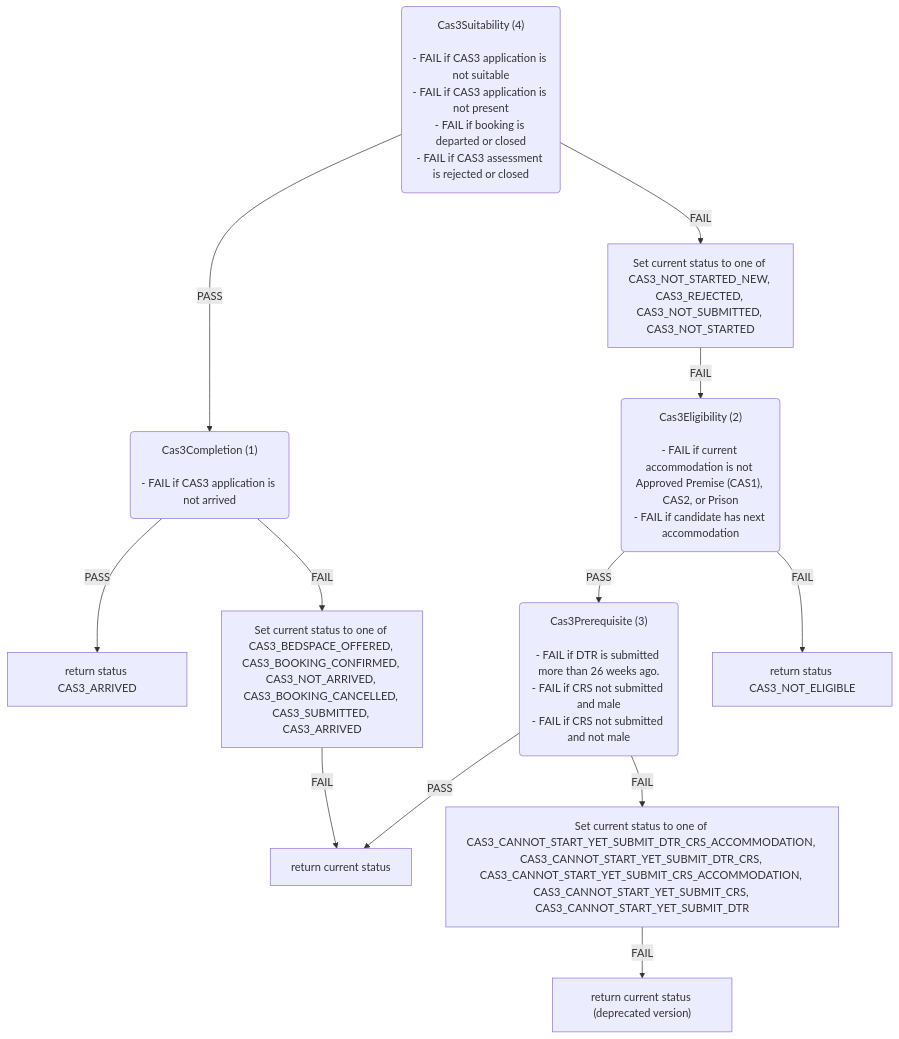
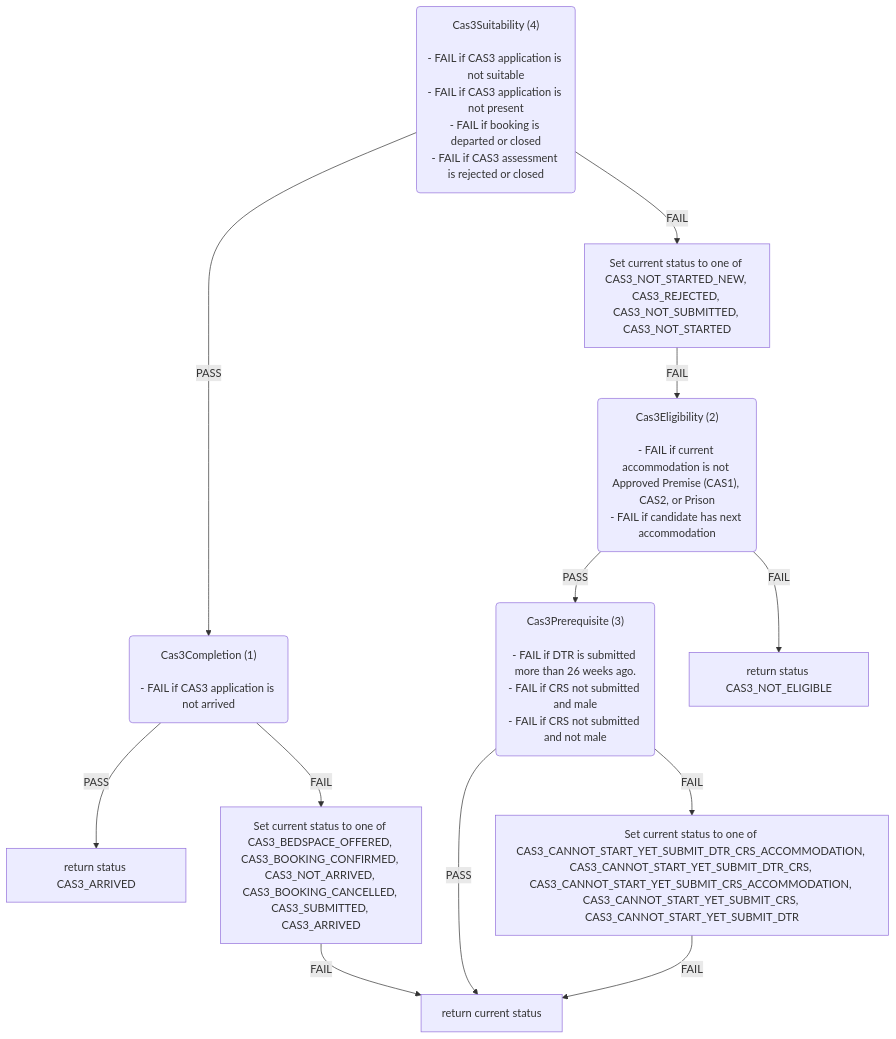
One commit to ministryofjustice/hmpps-single-accommodation-service-api changed the third of 6 diagrams in docs/eligibility-rules-graph.md. Above: the diagram before and after it, drawn with Mermaid. The commit also changed other lines of this file and 3 other files, not shown here.

````diff
--- a/docs/eligibility-rules-graph.md
+++ b/docs/eligibility-rules-graph.md
@@ -218,39 +218,38 @@
 ```mermaid
 flowchart TD
   Cas3Suitability("Cas3Suitability (4)
 
 - FAIL if CAS3 application is not suitable
 - FAIL if CAS3 application is not present
 - FAIL if booking is departed or closed
 - FAIL if CAS3 assessment is rejected or closed")
   Cas3Completion("Cas3Completion (1)
 
 - FAIL if CAS3 application is not arrived")
   return_status_CAS3_ARRIVED["return status CAS3_ARRIVED"]
   Set_current_status_to_one_of_CAS3_BEDSPACE_OFFERED__CAS3_BOOKING_CONFIRMED__CAS3_NOT_ARRIVED__CAS3_BOOKING_CANCELLED__CAS3_SUBMITTED__CAS3_ARRIVED["Set current status to one of CAS3_BEDSPACE_OFFERED, CAS3_BOOKING_CONFIRMED, CAS3_NOT_ARRIVED, CAS3_BOOKING_CANCELLED, CAS3_SUBMITTED, CAS3_ARRIVED"]
   return_current_status["return current status"]
   Set_current_status_to_one_of_CAS3_NOT_STARTED_NEW__CAS3_REJECTED__CAS3_NOT_SUBMITTED__CAS3_NOT_STARTED["Set current status to one of CAS3_NOT_STARTED_NEW, CAS3_REJECTED, CAS3_NOT_SUBMITTED, CAS3_NOT_STARTED"]
   Cas3Eligibility("Cas3Eligibility (2)
 
 - FAIL if current accommodation is not Approved Premise (CAS1), CAS2, or Prison
 - FAIL if candidate has next accommodation")
   Cas3Prerequisite("Cas3Prerequisite (3)
 
 - FAIL if DTR is submitted more than 26 weeks ago.
 - FAIL if CRS not submitted and male
 - FAIL if CRS not submitted and not male")
   Set_current_status_to_one_of_CAS3_CANNOT_START_YET_SUBMIT_DTR_CRS_ACCOMMODATION__CAS3_CANNOT_START_YET_SUBMIT_DTR_CRS__CAS3_CANNOT_START_YET_SUBMIT_CRS_ACCOMMODATION__CAS3_CANNOT_START_YET_SUBMIT_CRS__CAS3_CANNOT_START_YET_SUBMIT_DTR["Set current status to one of CAS3_CANNOT_START_YET_SUBMIT_DTR_CRS_ACCOMMODATION, CAS3_CANNOT_START_YET_SUBMIT_DTR_CRS, CAS3_CANNOT_START_YET_SUBMIT_CRS_ACCOMMODATION, CAS3_CANNOT_START_YET_SUBMIT_CRS, CAS3_CANNOT_START_YET_SUBMIT_DTR"]
-  return_current_status__deprecated_version_["return current status (deprecated version)"]
   return_status_CAS3_NOT_ELIGIBLE["return status CAS3_NOT_ELIGIBLE"]
   Cas3Completion -->|PASS| return_status_CAS3_ARRIVED
   Cas3Completion -->|FAIL| Set_current_status_to_one_of_CAS3_BEDSPACE_OFFERED__CAS3_BOOKING_CONFIRMED__CAS3_NOT_ARRIVED__CAS3_BOOKING_CANCELLED__CAS3_SUBMITTED__CAS3_ARRIVED
   Set_current_status_to_one_of_CAS3_BEDSPACE_OFFERED__CAS3_BOOKING_CONFIRMED__CAS3_NOT_ARRIVED__CAS3_BOOKING_CANCELLED__CAS3_SUBMITTED__CAS3_ARRIVED -->|FAIL| return_current_status
   Cas3Suitability -->|PASS| Cas3Completion
   Cas3Suitability -->|FAIL| Set_current_status_to_one_of_CAS3_NOT_STARTED_NEW__CAS3_REJECTED__CAS3_NOT_SUBMITTED__CAS3_NOT_STARTED
   Cas3Prerequisite -->|PASS| return_current_status
   Cas3Prerequisite -->|FAIL| Set_current_status_to_one_of_CAS3_CANNOT_START_YET_SUBMIT_DTR_CRS_ACCOMMODATION__CAS3_CANNOT_START_YET_SUBMIT_DTR_CRS__CAS3_CANNOT_START_YET_SUBMIT_CRS_ACCOMMODATION__CAS3_CANNOT_START_YET_SUBMIT_CRS__CAS3_CANNOT_START_YET_SUBMIT_DTR
-  Set_current_status_to_one_of_CAS3_CANNOT_START_YET_SUBMIT_DTR_CRS_ACCOMMODATION__CAS3_CANNOT_START_YET_SUBMIT_DTR_CRS__CAS3_CANNOT_START_YET_SUBMIT_CRS_ACCOMMODATION__CAS3_CANNOT_START_YET_SUBMIT_CRS__CAS3_CANNOT_START_YET_SUBMIT_DTR -->|FAIL| return_current_status__deprecated_version_
+  Set_current_status_to_one_of_CAS3_CANNOT_START_YET_SUBMIT_DTR_CRS_ACCOMMODATION__CAS3_CANNOT_START_YET_SUBMIT_DTR_CRS__CAS3_CANNOT_START_YET_SUBMIT_CRS_ACCOMMODATION__CAS3_CANNOT_START_YET_SUBMIT_CRS__CAS3_CANNOT_START_YET_SUBMIT_DTR -->|FAIL| return_current_status
   Cas3Eligibility -->|PASS| Cas3Prerequisite
   Cas3Eligibility -->|FAIL| return_status_CAS3_NOT_ELIGIBLE
   Set_current_status_to_one_of_CAS3_NOT_STARTED_NEW__CAS3_REJECTED__CAS3_NOT_SUBMITTED__CAS3_NOT_STARTED -->|FAIL| Cas3Eligibility
 ```
````
